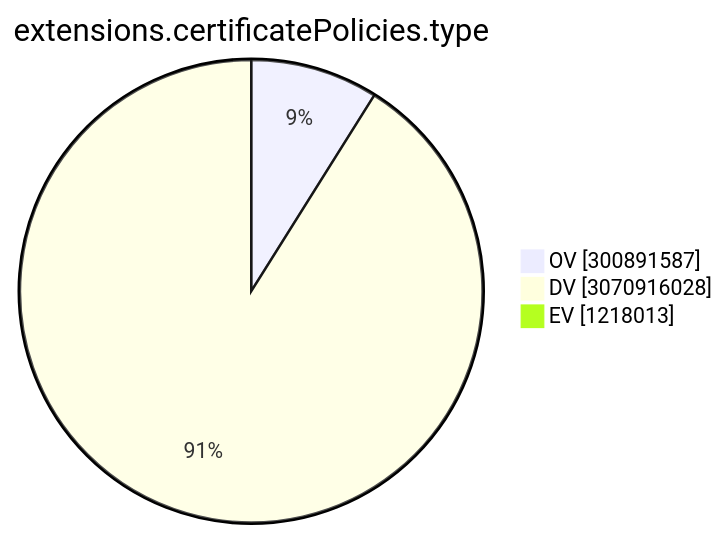
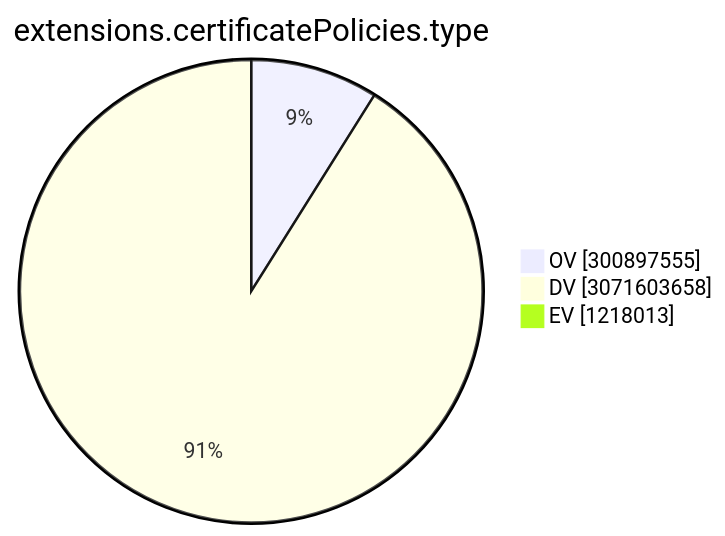
Before and after one commit to christiankrug/ctmonitor_visualization: the ninth of 15 diagrams in TOTAL/README.md, drawn with Mermaid. The commit also changed other lines of this file, not shown here.

````diff
--- a/TOTAL/README.md
+++ b/TOTAL/README.md
@@ -3102,7 +3102,7 @@
 ```mermaid
 pie showData
 title extensions.certificatePolicies.type
-"OV" :300891587
-"DV" :3070916028
+"OV" :300897555
+"DV" :3071603658
 "EV" :1218013
 ```
````
